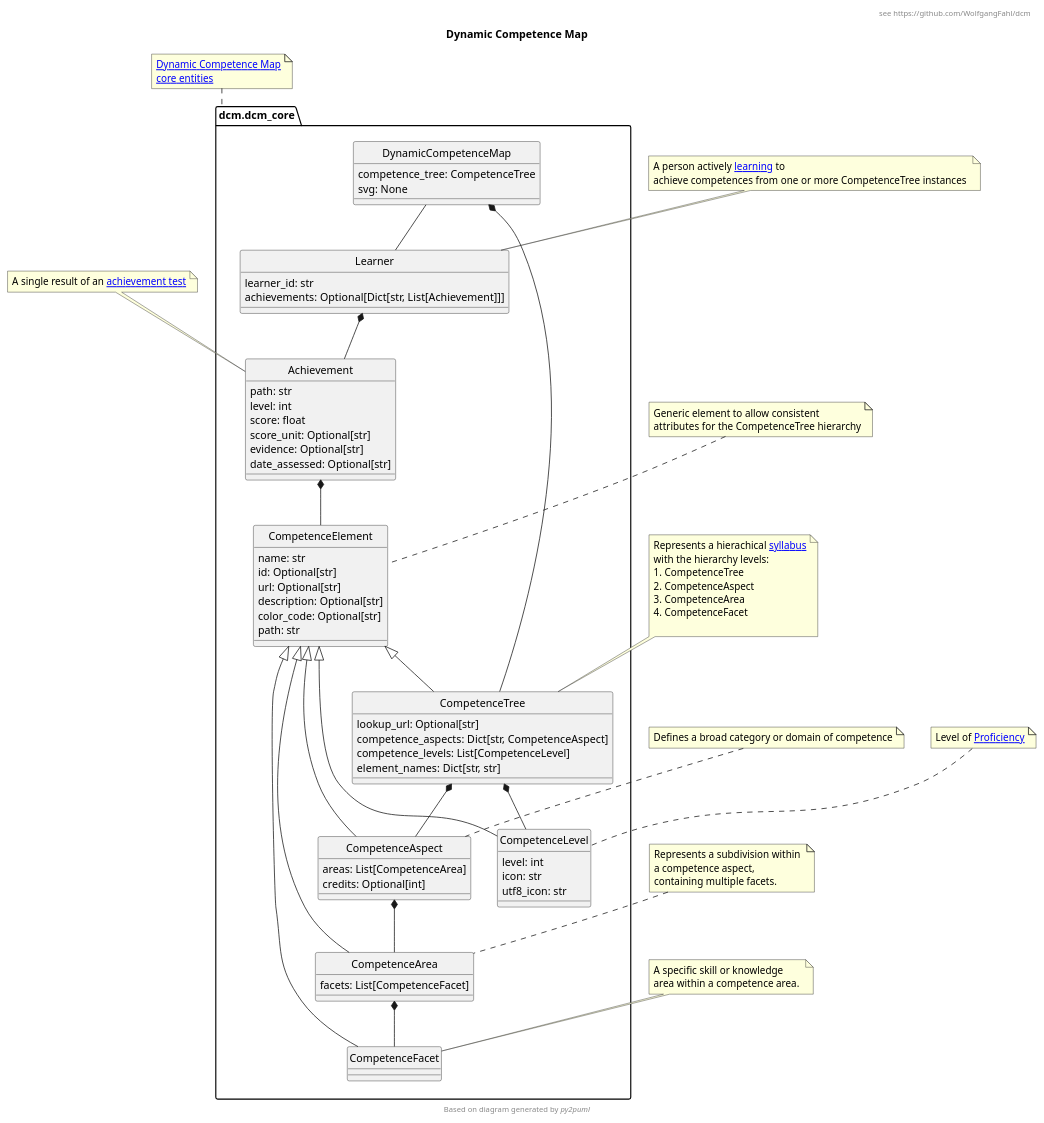
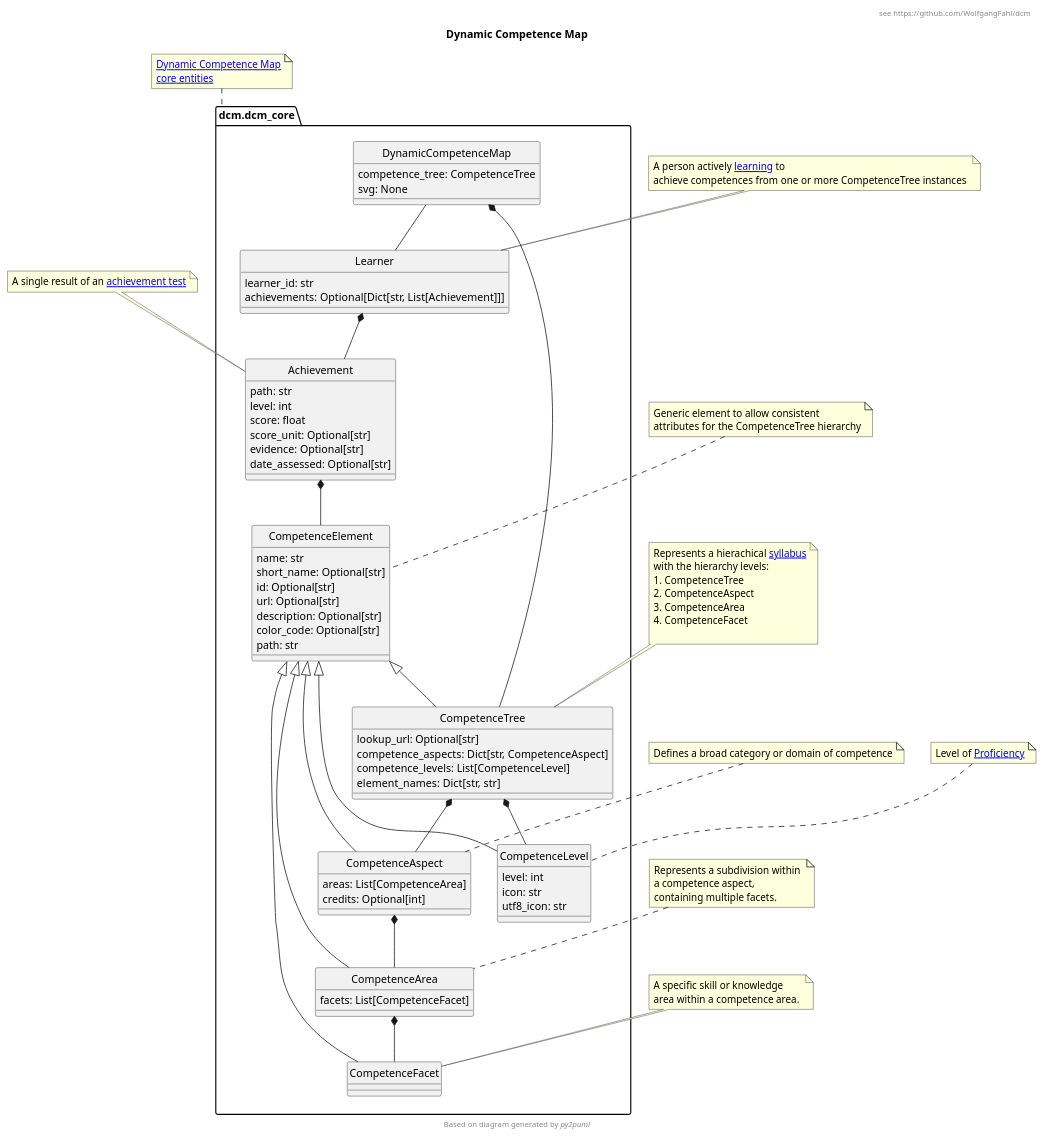
The diagram in dcm.puml (WolfgangFahl/dcm), drawn with PlantUML before and after one commit. The commit also changed 11 other files, not shown here.

```diff
--- a/dcm.puml
+++ b/dcm.puml
@@ -1,114 +1,115 @@
 @startuml
 hide circle
 title Dynamic Competence Map
 header see https://github.com/WolfgangFahl/dcm
 !pragma useIntermediatePackages false
 
 class dcm.dcm_core.DynamicCompetenceMap {
   competence_tree: CompetenceTree
   svg: None
 }
 class dcm.dcm_core.Achievement {
   path: str
   level: int
   score: float
   score_unit: Optional[str]
   evidence: Optional[str]
   date_assessed: Optional[str]
 }
 note top of Achievement
 A single result of an [[https://en.wikipedia.org/wiki/Achievement_test achievement test]]
 end note
 
 class dcm.dcm_core.CompetenceAspect {
   areas: List[CompetenceArea]
   credits: Optional[int]
 }
 class dcm.dcm_core.CompetenceArea {
   facets: List[CompetenceFacet]
 }
 class dcm.dcm_core.CompetenceElement {
   name: str
+  short_name: Optional[str]
   id: Optional[str]
   url: Optional[str]
   description: Optional[str]
   color_code: Optional[str]
   path: str 
 }
 
 class dcm.dcm_core.CompetenceFacet {
 }
 class dcm.dcm_core.CompetenceLevel {
   level: int
   icon: str
   utf8_icon: str
 }
 
 class dcm.dcm_core.CompetenceTree {
   lookup_url: Optional[str]
   competence_aspects: Dict[str, CompetenceAspect]
   competence_levels: List[CompetenceLevel]
   element_names: Dict[str, str]
 }
 note top of CompetenceElement
 Generic element to allow consistent
 attributes for the CompetenceTree hierarchy
 end note
 
 note top of CompetenceAspect
 Defines a broad category or domain of competence
 end note
 
 note top of CompetenceArea
 Represents a subdivision within 
 a competence aspect, 
 containing multiple facets. 
 end note
 
 note top of CompetenceFacet
 A specific skill or knowledge 
 area within a competence area. 
 end note
 
 note top of CompetenceLevel
 Level of [[https://en.wikipedia.org/wiki/Expert Proficiency]]
 end note
 
 note top of CompetenceTree
 Represents a hierachical [[https://en.wikipedia.org/wiki/Syllabus syllabus]]
 with the hierarchy levels:
 # CompetenceTree
 # CompetenceAspect
 # CompetenceArea
 # CompetenceFacet
 
 end note
 
 class dcm.dcm_core.Learner {
   learner_id: str
   achievements: Optional[Dict[str, List[Achievement]]]
 }
 note top of Learner
 A person actively [[https://en.wikipedia.org/wiki/Learning learning]] to 
 achieve competences from one or more CompetenceTree instances 
 end note
 
 note top of dcm.dcm_core
 [[https://github.com/WolfgangFahl/dcm/blob/main/dcm/dcm_core.py Dynamic Competence Map\ncore entities]]
 end note
 
 dcm.dcm_core.DynamicCompetenceMap *-- dcm.dcm_core.CompetenceTree
 dcm.dcm_core.DynamicCompetenceMap -- dcm.dcm_core.Learner
 dcm.dcm_core.CompetenceAspect *-- dcm.dcm_core.CompetenceArea
 dcm.dcm_core.CompetenceArea *-- dcm.dcm_core.CompetenceFacet
 dcm.dcm_core.CompetenceElement <|-- dcm.dcm_core.CompetenceAspect
 dcm.dcm_core.CompetenceElement <|-- dcm.dcm_core.CompetenceArea
 dcm.dcm_core.CompetenceElement <|-- dcm.dcm_core.CompetenceFacet
 dcm.dcm_core.CompetenceElement <|-- dcm.dcm_core.CompetenceLevel
 dcm.dcm_core.CompetenceTree *-- dcm.dcm_core.CompetenceAspect
 dcm.dcm_core.CompetenceTree *-- dcm.dcm_core.CompetenceLevel
 dcm.dcm_core.CompetenceElement <|-- dcm.dcm_core.CompetenceTree
 dcm.dcm_core.Learner *-- dcm.dcm_core.Achievement
 dcm.dcm_core.Achievement *-- dcm.dcm_core.CompetenceElement
 footer Based on diagram generated by //py2puml//
 @enduml
```
